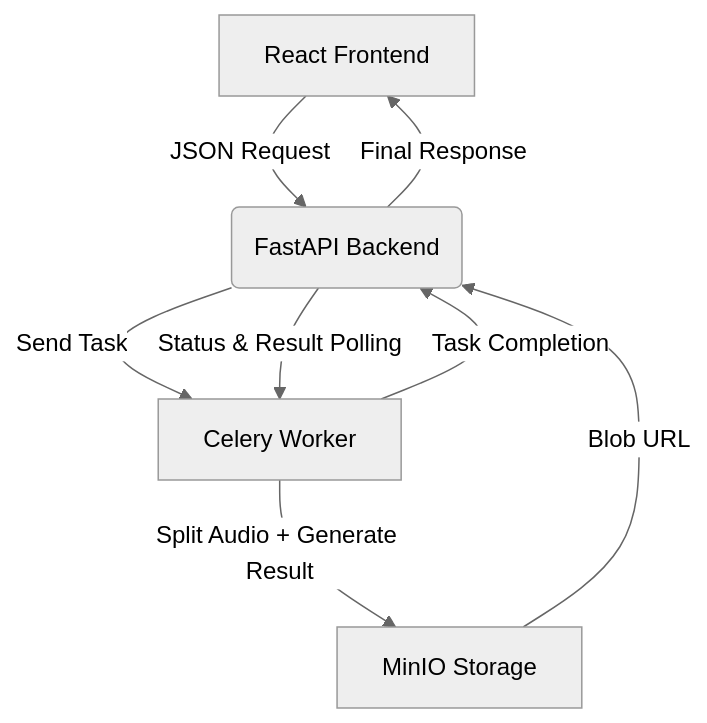
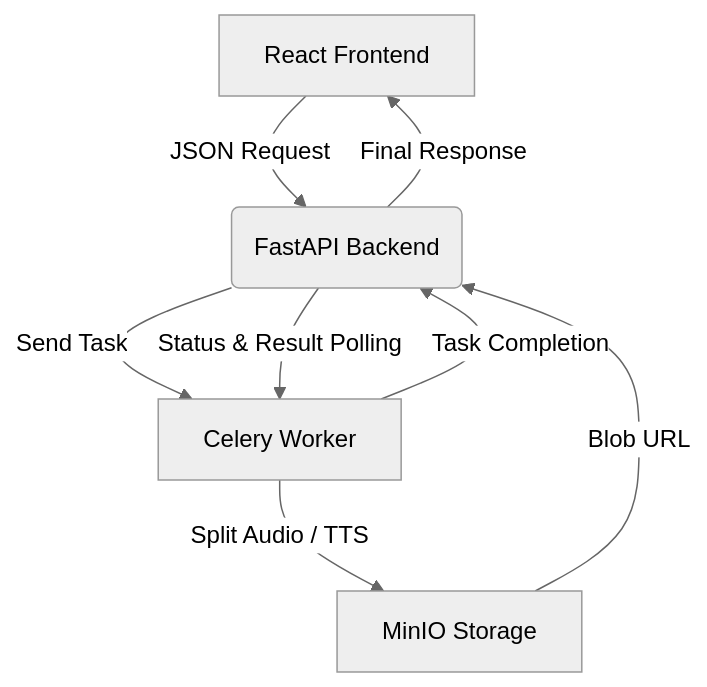
Before and after one commit to taedyoverflow/yass_front: the diagram in README.md, drawn with Mermaid (neutral theme). The commit also changed other lines of this file and 2 other files, not shown here.

````diff
--- a/README.md
+++ b/README.md
@@ -39,10 +35,10 @@
 ```mermaid
 graph TD
     A[React Frontend] -->|JSON Request| B(FastAPI Backend)
     B -->|Send Task| C[Celery Worker]
-    C -->|Split Audio + Generate Result| D[MinIO Storage]
+    C -->|Split Audio / TTS| D[MinIO Storage]
     D -->|Blob URL| B
     B -->|Final Response| A
     B -->|Status & Result Polling| C
     C -->|Task Completion| B
 ```
````
